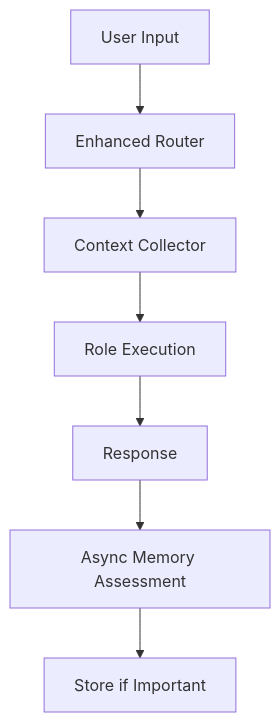
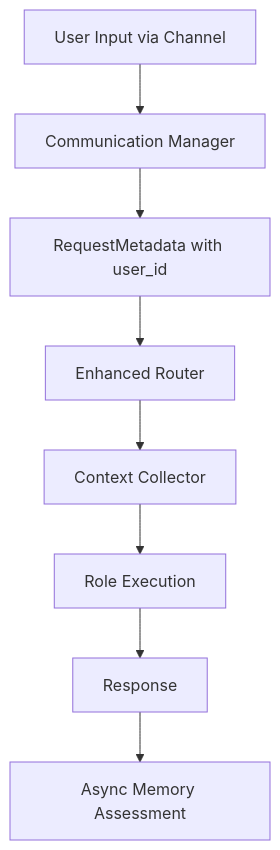
One commit to lenaxia/generative-agent changed the diagram in docs/33_ROUTER_DRIVEN_CONTEXT_SELECTION_DESIGN.md. Above: the diagram before and after it, drawn with Mermaid. The commit also changed other lines of this file and 10 other files, not shown here.

````diff
--- a/docs/33_ROUTER_DRIVEN_CONTEXT_SELECTION_DESIGN.md
+++ b/docs/33_ROUTER_DRIVEN_CONTEXT_SELECTION_DESIGN.md
@@ -36,9 +61,10 @@
 ```mermaid
 graph TD
-    A[User Input] --> B[Enhanced Router]
-    B --> C[Context Collector]
-    C --> D[Role Execution]
-    D --> E[Response]
-    E --> F[Async Memory Assessment]
-    F --> G[Store if Important]
+    A[User Input via Channel] --> B[Communication Manager]
+    B --> C[RequestMetadata with user_id]
+    C --> D[Enhanced Router]
+    D --> E[Context Collector]
+    E --> F[Role Execution]
+    F --> G[Response]
+    G --> H[Async Memory Assessment]
 ```
````
